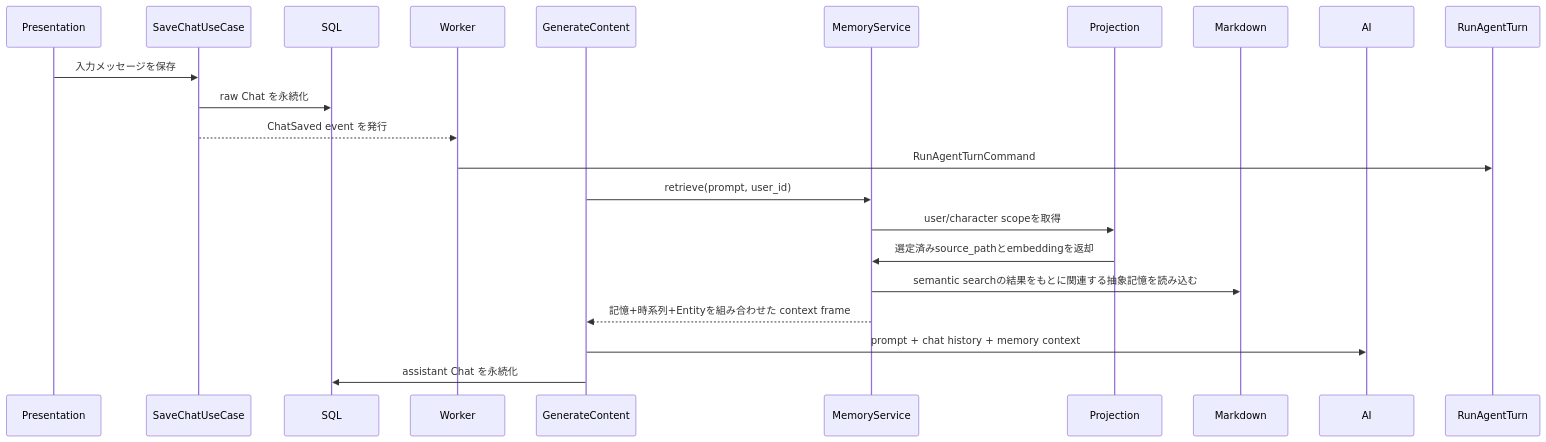
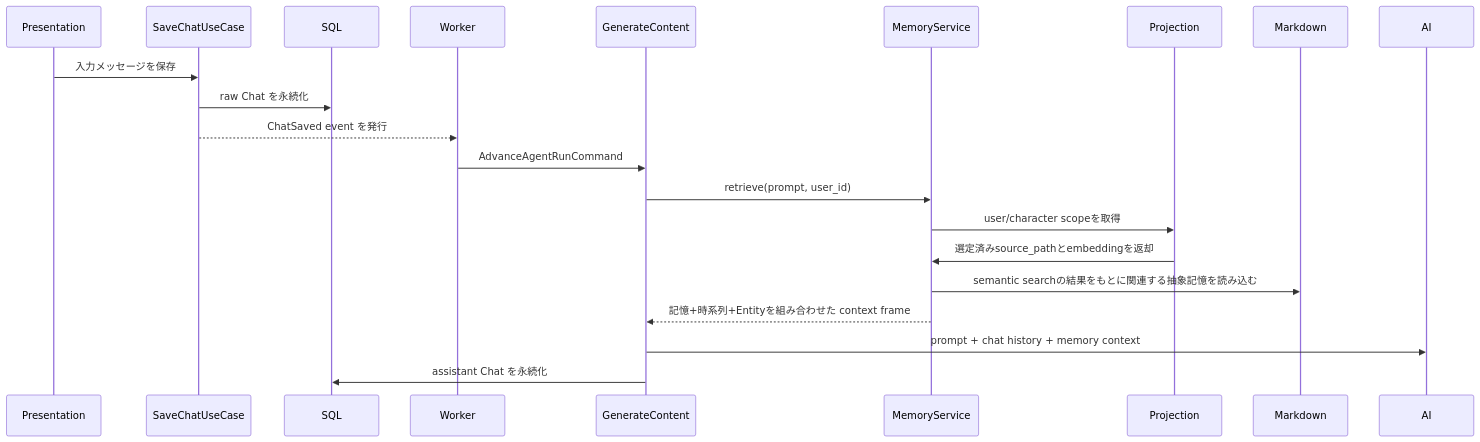
The first of 2 diagrams in docs/infrastructure/long-term-memory-target-architecture.md (aiagate/agentic-chat-foundation), drawn with Mermaid before and after one commit. The commit also changed other lines of this file and 86 other files, not shown here.

Commit message:
feat: add durable agent run workflow

````diff
--- a/docs/infrastructure/long-term-memory-target-architecture.md
+++ b/docs/infrastructure/long-term-memory-target-architecture.md
@@ -128,24 +128,24 @@
 ```mermaid
 sequenceDiagram
     participant Presentation
     participant SaveChatUseCase
     participant SQL
     participant Worker
     participant GenerateContent
     participant MemoryService
     participant Projection
     participant Markdown
     participant AI
 
     Presentation->>SaveChatUseCase: 入力メッセージを保存
     SaveChatUseCase->>SQL: raw Chat を永続化
     SaveChatUseCase-->>Worker: ChatSaved event を発行
-    Worker->>RunAgentTurn: RunAgentTurnCommand
+    Worker->>GenerateContent: AdvanceAgentRunCommand
     GenerateContent->>MemoryService: retrieve(prompt, user_id)
     MemoryService->>Projection: user/character scopeを取得
     Projection->>MemoryService: 選定済みsource_pathとembeddingを返却
     MemoryService->>Markdown: semantic searchの結果をもとに関連する抽象記憶を読み込む
     MemoryService-->>GenerateContent: 記憶+時系列+Entityを組み合わせた context frame
     GenerateContent->>AI: prompt + chat history + memory context
     GenerateContent->>SQL: assistant Chat を永続化
 ```
````
